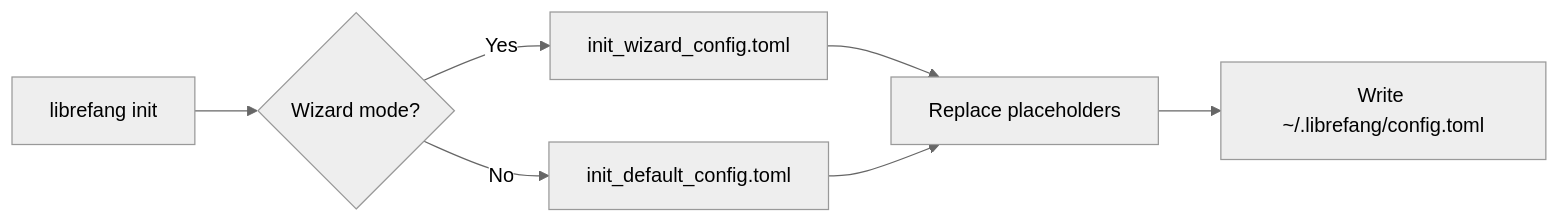
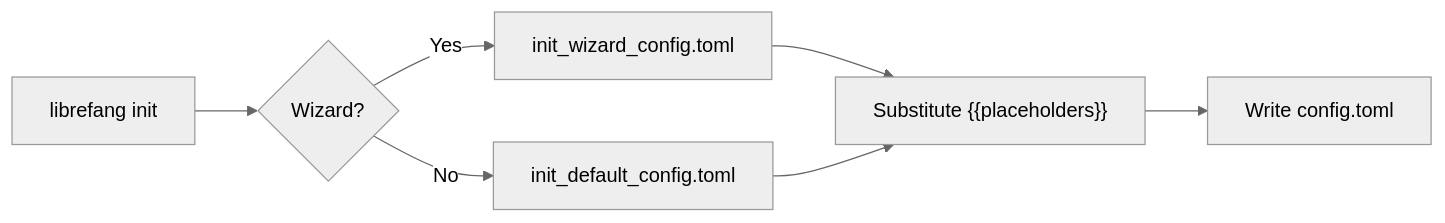
One commit to leszek3737/librefang-WIki changed the diagram in other-librefang-cli-templates.md. Above: the diagram before and after it, drawn with Mermaid (neutral theme). The commit also changed other lines of this file and 93 other files, not shown here.

````diff
--- a/other-librefang-cli-templates.md
+++ b/other-librefang-cli-templates.md
@@ -85,9 +158,9 @@
 ```mermaid
 flowchart LR
-    A[librefang init] --> B{Wizard mode?}
-    B -- Yes --> C[init_wizard_config.toml]
-    B -- No --> D[init_default_config.toml]
-    C --> E[Replace placeholders]
+    A["librefang init"] --> B{Wizard?}
+    B -- Yes --> C["init_wizard_config.toml"]
+    B -- No --> D["init_default_config.toml"]
+    C --> E["Substitute {{placeholders}}"]
     D --> E
-    E --> F["Write ~/.librefang/config.toml"]
+    E --> F["Write config.toml"]
 ```
````
